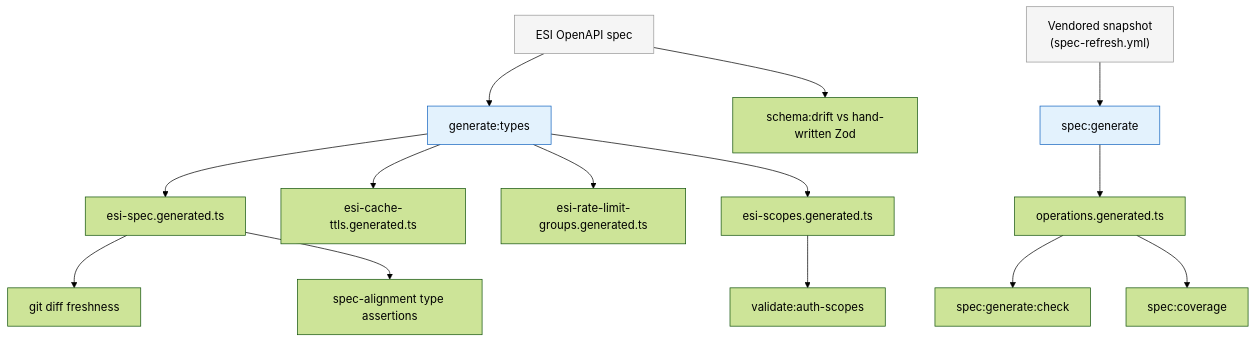
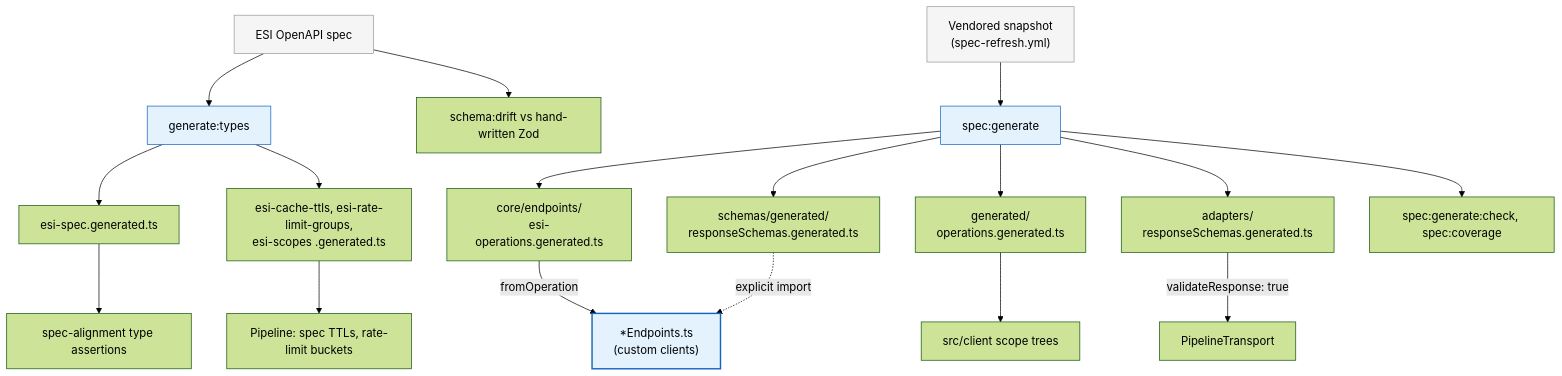
Diagram 17 of 17 in guides/ARCHITECTURE.md (lgriffin/ESI.ts), drawn with Mermaid (forest theme) before and after one commit. The commit also changed other lines of this file and 2 other files, not shown here.

First line of the commit message:
docs(architecture): redraw diagrams for custom clients as the product and spec:generate outputs (#688)

````diff
--- a/guides/ARCHITECTURE.md
+++ b/guides/ARCHITECTURE.md
@@ -1210,23 +1212,28 @@
 ```mermaid
 flowchart TB
     spec["ESI OpenAPI spec"] --> gen["generate:types"]
     gen --> types["esi-spec.generated.ts"]
-    gen --> ttls["esi-cache-ttls.generated.ts"]
-    gen --> rates["esi-rate-limit-groups.generated.ts"]
-    gen --> scopes["esi-scopes.generated.ts"]
+    gen --> meta["esi-cache-ttls, esi-rate-limit-groups,<br/>esi-scopes .generated.ts"]
+    meta --> pipe["Pipeline: spec TTLs, rate-limit buckets"]
 
     snap["Vendored snapshot<br/>(spec-refresh.yml)"] --> specgen["spec:generate"]
-    specgen --> ops["operations.generated.ts"]
-    ops --> check["spec:generate:check"]
-    ops --> cov["spec:coverage"]
+    specgen --> routes["core/endpoints/<br/>esi-operations.generated.ts"]
+    specgen --> base["schemas/generated/<br/>responseSchemas.generated.ts"]
+    specgen --> ops["generated/<br/>operations.generated.ts"]
+    specgen --> zod["adapters/<br/>responseSchemas.generated.ts"]
 
-    types --> fresh["git diff freshness"]
+    routes -- "fromOperation" --> maps["*Endpoints.ts<br/>(custom clients)"]
+    base -. "explicit import" .-> maps
+    ops --> client["src/client scope trees"]
+    zod -- "validateResponse: true" --> pt["PipelineTransport"]
+    specgen --> check["spec:generate:check, spec:coverage"]
+
     types --> align["spec-alignment type assertions"]
-    scopes --> auth["validate:auth-scopes"]
     spec --> drift["schema:drift vs hand-written Zod"]
 
     style spec fill:#f5f5f5,stroke:#999
     style gen fill:#e3f2fd,stroke:#1565c0
     style snap fill:#f5f5f5,stroke:#999
     style specgen fill:#e3f2fd,stroke:#1565c0
+    style maps fill:#e3f2fd,stroke:#1565c0,stroke-width:2px
 ```
````
